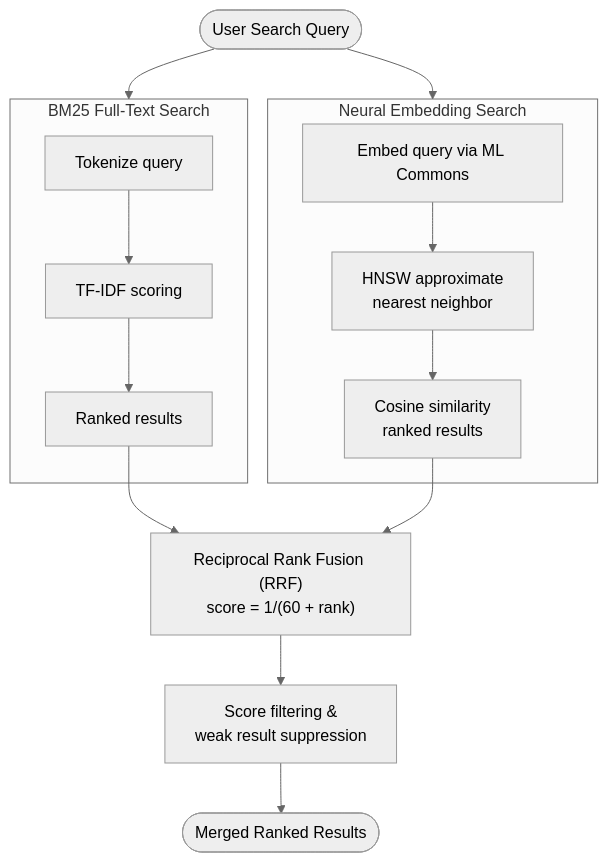
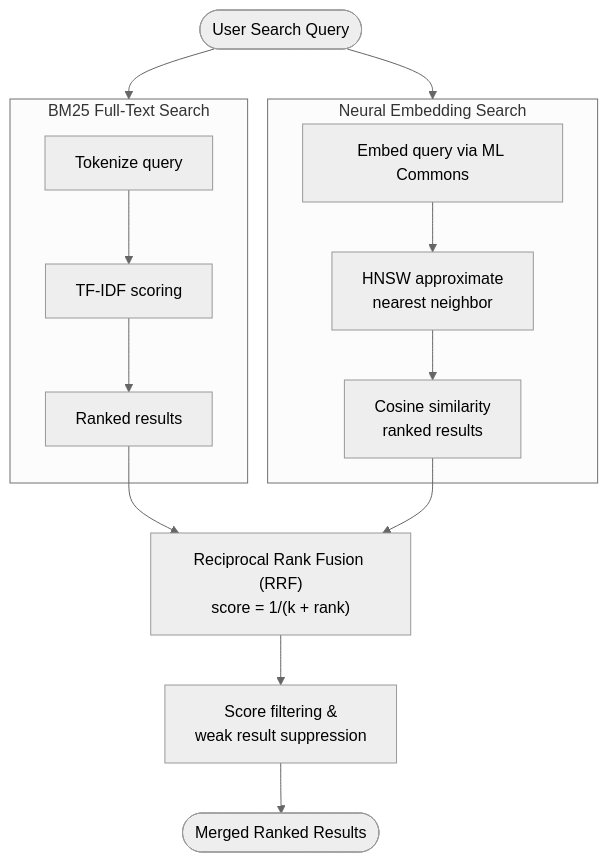
Before and after one commit to attevon-llc/OpenTranscribe: the diagram in docs-site/docs/configuration/neural-search-setup.md, drawn with Mermaid (neutral theme).

Commit message:
docs(configuration): neural search diagram uses the configurable RRF constant

````diff
--- a/docs-site/docs/configuration/neural-search-setup.md
+++ b/docs-site/docs/configuration/neural-search-setup.md
@@ -127,18 +127,18 @@
 ```mermaid
 flowchart TD
     Query([User Search Query]) --> BM25 & Neural
 
     subgraph BM25["BM25 Full-Text Search"]
         BM25a[Tokenize query] --> BM25b[TF-IDF scoring]
         BM25b --> BM25c[Ranked results]
     end
 
     subgraph Neural["Neural Embedding Search"]
         Na[Embed query via ML Commons] --> Nb[HNSW approximate\nnearest neighbor]
         Nb --> Nc[Cosine similarity\nranked results]
     end
 
-    BM25c & Nc --> RRF["Reciprocal Rank Fusion (RRF)\nscore = 1/(60 + rank)"]
+    BM25c & Nc --> RRF["Reciprocal Rank Fusion (RRF)\nscore = 1/(k + rank)"]
     RRF --> Filter[Score filtering &\nweak result suppression]
     Filter --> Results([Merged Ranked Results])
 ```
````
